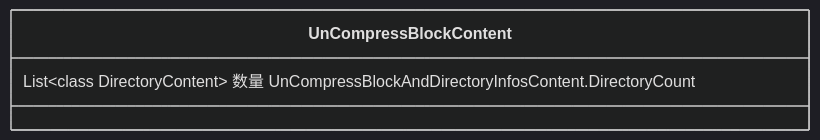
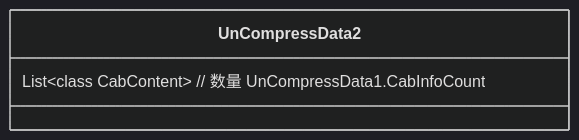
Before and after one commit to Conerlius/conerlius.github.io: the sixth of 7 diagrams in _posts/计算机/游戏/Unity/2022-07-27-Assetbundle文件格式说明.md, drawn with Mermaid (dark theme). The commit also changed other lines of this file and 8 other files, not shown here.

````diff
--- a/_posts/计算机/游戏/Unity/2022-07-27-Assetbundle文件格式说明.md
+++ b/_posts/计算机/游戏/Unity/2022-07-27-Assetbundle文件格式说明.md
@@ -78,6 +82,6 @@
 ```mermaid
 classDiagram
-class UnCompressBlockContent{
-    List~class DirectoryContent~ 数量 UnCompressBlockAndDirectoryInfosContent.DirectoryCount
+class UnCompressData2{
+    List~class CabContent~  // 数量 UnCompressData1.CabInfoCount
 }
 ```
````
